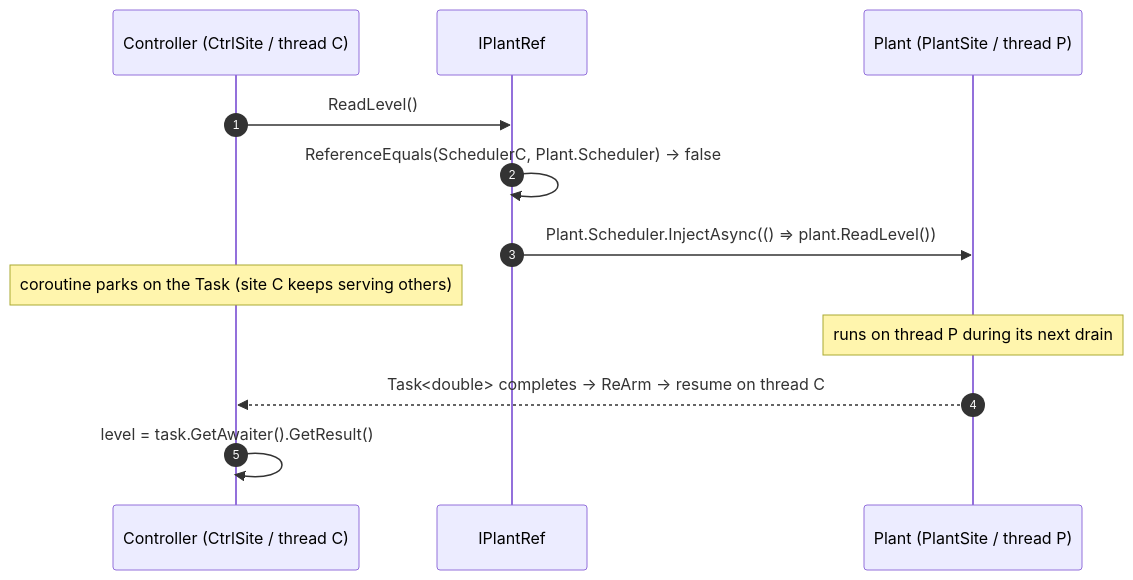
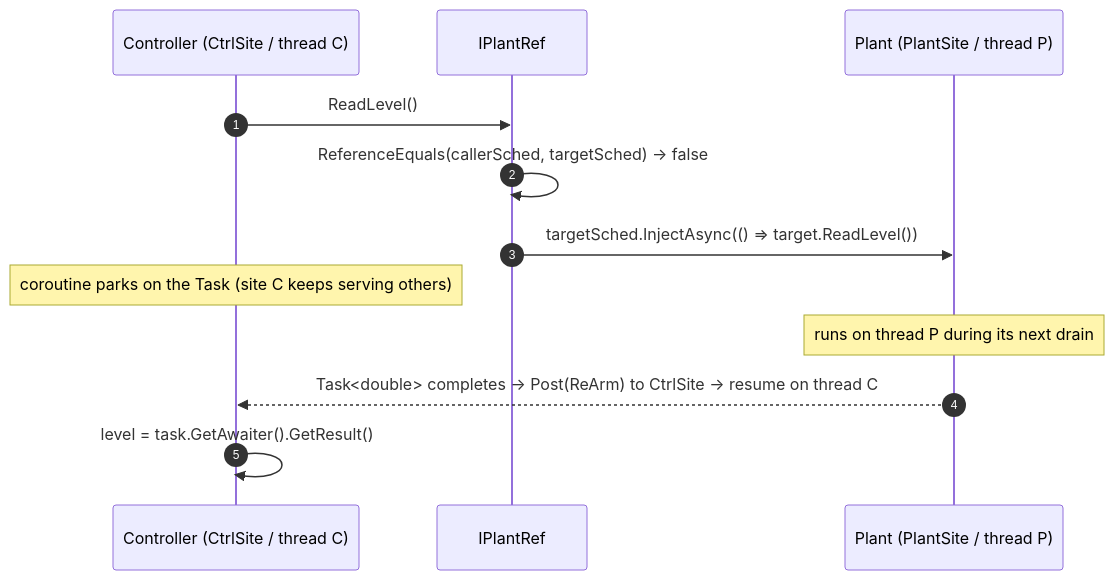
One commit to SimulaSharp-org/simulasharp-docs changed the second of 2 diagrams in public/content/scenario-controller-plant.md. Above: the diagram before and after it, drawn with Mermaid. The commit also changed other lines of this file and 4 other files, not shown here.

````diff
--- a/public/content/scenario-controller-plant.md
+++ b/public/content/scenario-controller-plant.md
@@ -142,14 +151,14 @@
 ```mermaid
 sequenceDiagram
   autonumber
   participant Ctl as Controller (CtrlSite / thread C)
   participant Ref as IPlantRef
   participant P as Plant (PlantSite / thread P)
   Ctl->>Ref: ReadLevel()
-  Ref->>Ref: ReferenceEquals(SchedulerC, Plant.Scheduler) → false
-  Ref->>P: Plant.Scheduler.InjectAsync(() => plant.ReadLevel())
+  Ref->>Ref: ReferenceEquals(callerSched, targetSched) → false
+  Ref->>P: targetSched.InjectAsync(() => target.ReadLevel())
   Note over Ctl: coroutine parks on the Task (site C keeps serving others)
   Note over P: runs on thread P during its next drain
-  P-->>Ctl: Task<double> completes → ReArm → resume on thread C
+  P-->>Ctl: Task<double> completes → Post(ReArm) to CtrlSite → resume on thread C
   Ctl->>Ctl: level = task.GetAwaiter().GetResult()
 ```
````
